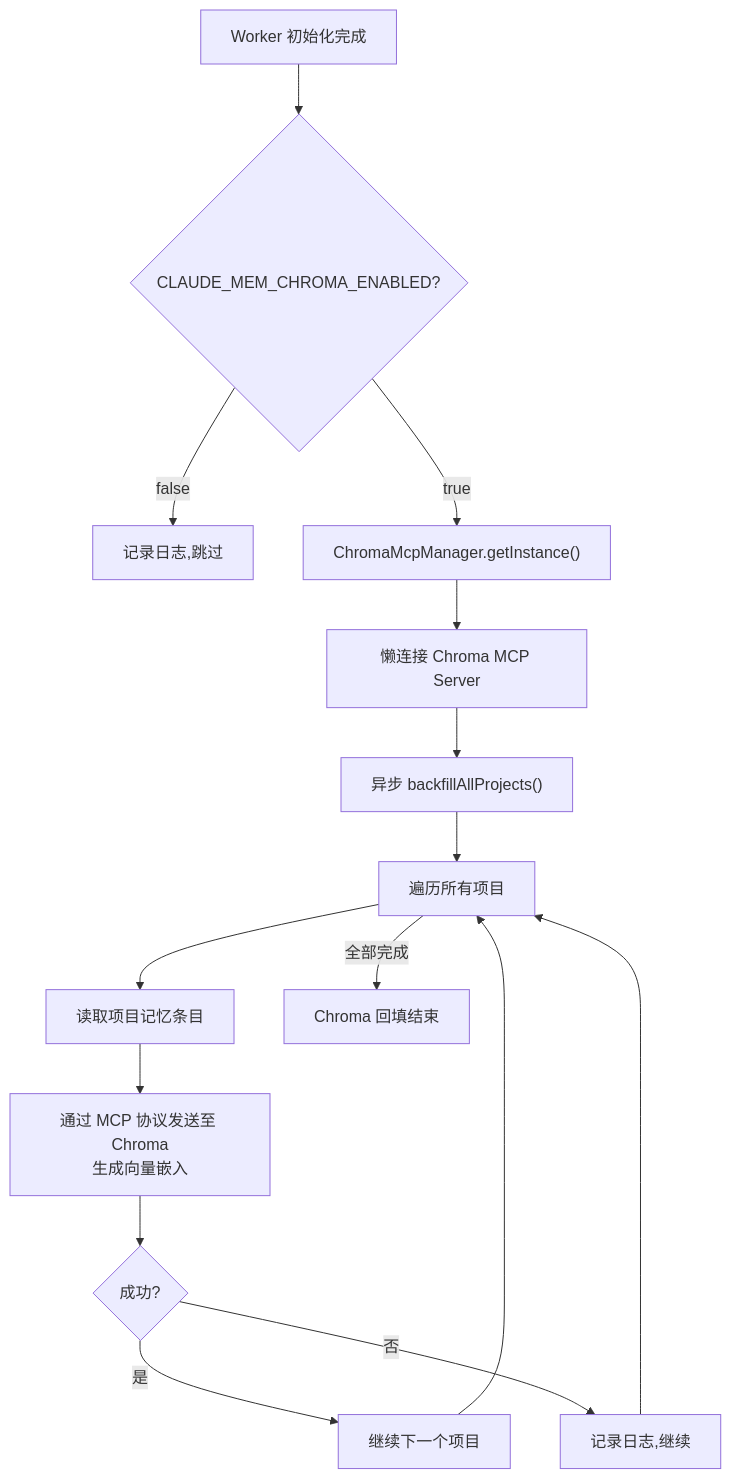
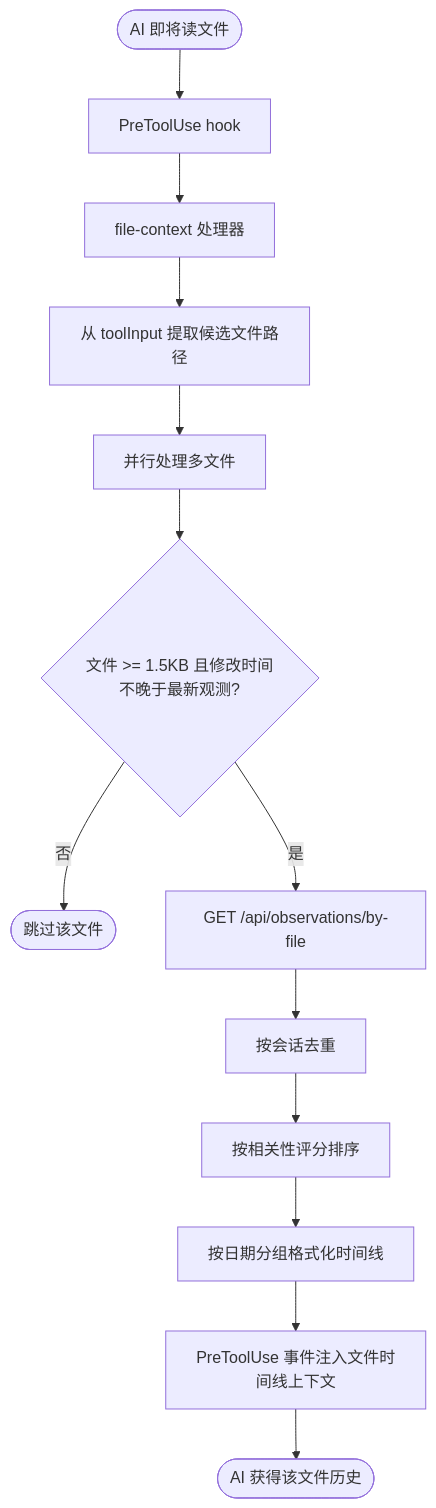
One commit to sharesdoc/claude-mem changed the seventh of 8 diagrams in doc/A-系统需求文档.md. Above: the diagram before and after it, drawn with Mermaid. The commit also changed other lines of this file and 22 other files, not shown here.

````diff
--- a/doc/A-系统需求文档.md
+++ b/doc/A-系统需求文档.md
@@ -478,17 +514,15 @@
 ```mermaid
 flowchart TB
-    A["Worker 初始化完成"] --> B{"CLAUDE_MEM_CHROMA_ENABLED?"}
-    B -- false --> C["记录日志,跳过"]
-    B -- true --> D["ChromaMcpManager.getInstance()"]
-    D --> E["懒连接 Chroma MCP Server"]
-    E --> F["异步 backfillAllProjects()"]
-    F --> G["遍历所有项目"]
-    G --> H["读取项目记忆条目"]
-    H --> I["通过 MCP 协议发送至 Chroma<br/>生成向量嵌入"]
-    I --> J{"成功?"}
-    J -- 是 --> K["继续下一个项目"]
-    J -- 否 --> L["记录日志,继续"]
-    K --> G
-    L --> G
-    G -- 全部完成 --> M["Chroma 回填结束"]
+    A([AI 即将读文件]) --> B[PreToolUse hook]
+    B --> C[file-context 处理器]
+    C --> D[从 toolInput 提取候选文件路径]
+    D --> E[并行处理多文件]
+    E --> F{文件 >= 1.5KB 且修改时间不晚于最新观测?}
+    F -->|否| Z1([跳过该文件])
+    F -->|是| G[GET /api/observations/by-file]
+    G --> H[按会话去重]
+    H --> I[按相关性评分排序]
+    I --> J[按日期分组格式化时间线]
+    J --> K[PreToolUse 事件注入文件时间线上下文]
+    K --> L([AI 获得该文件历史])
 ```
````
